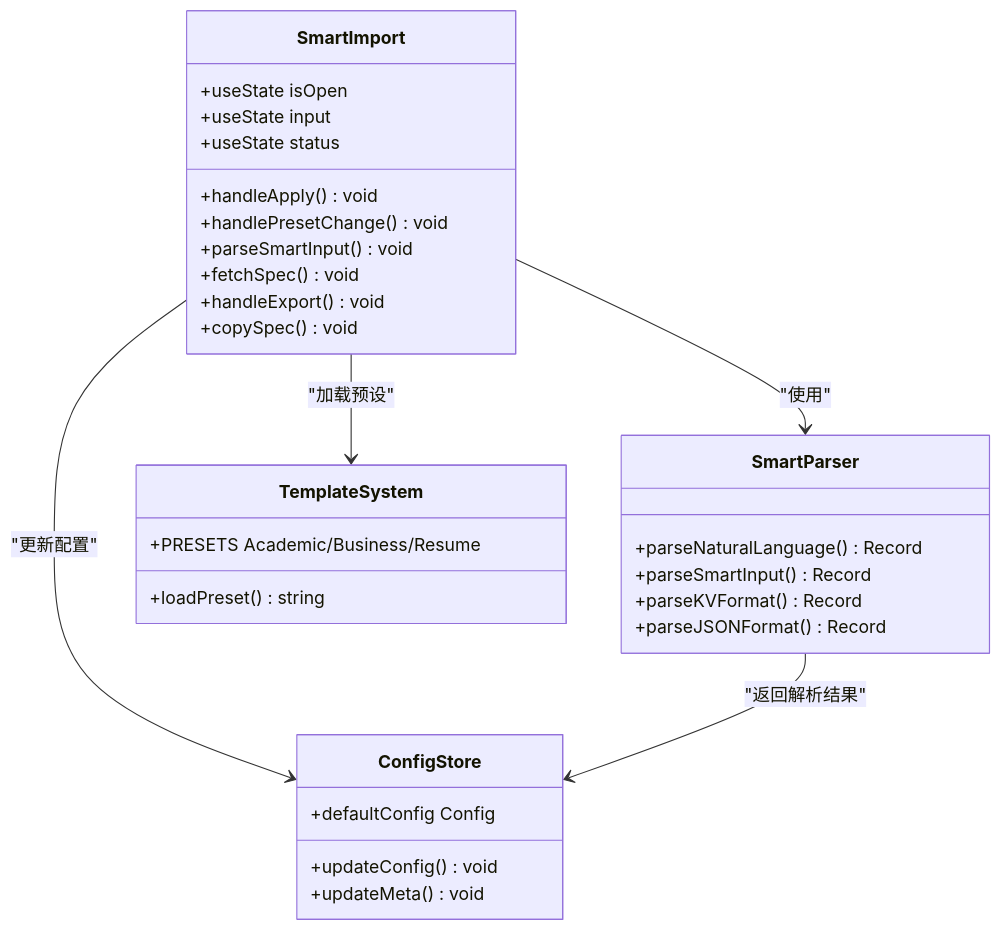
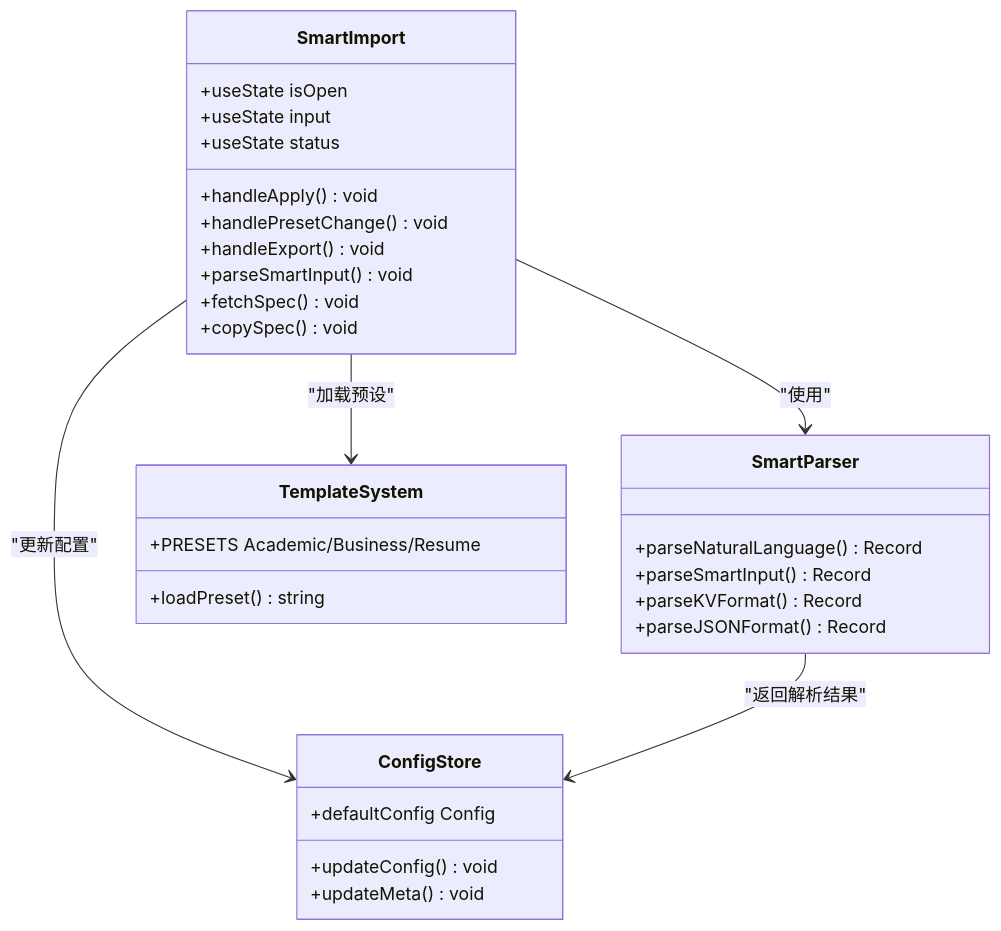
The second of 10 diagrams in .lingma/repowiki/zh/content/用户指南/配置系统/智能配置导入系统.md (wanwushelie/markdown-to-word-studio), drawn with Mermaid before and after one commit. The commit also changed other lines of this file and 48 other files, not shown here.

````diff
--- a/.lingma/repowiki/zh/content/用户指南/配置系统/智能配置导入系统.md
+++ b/.lingma/repowiki/zh/content/用户指南/配置系统/智能配置导入系统.md
@@ -118,33 +122,33 @@
 ```mermaid
 classDiagram
 class SmartImport {
 +useState isOpen
 +useState input
 +useState status
 +handleApply() void
 +handlePresetChange() void
++handleExport() void
 +parseSmartInput() void
 +fetchSpec() void
-+handleExport() void
 +copySpec() void
 }
 class SmartParser {
 +parseNaturalLanguage() Record
 +parseSmartInput() Record
 +parseKVFormat() Record
 +parseJSONFormat() Record
 }
 class ConfigStore {
 +updateConfig() void
 +updateMeta() void
 +defaultConfig Config
 }
 class TemplateSystem {
 +PRESETS Academic/Business/Resume
 +loadPreset() string
 }
 SmartImport --> SmartParser : "使用"
 SmartImport --> ConfigStore : "更新配置"
 SmartImport --> TemplateSystem : "加载预设"
 SmartParser --> ConfigStore : "返回解析结果"
 ```
````
